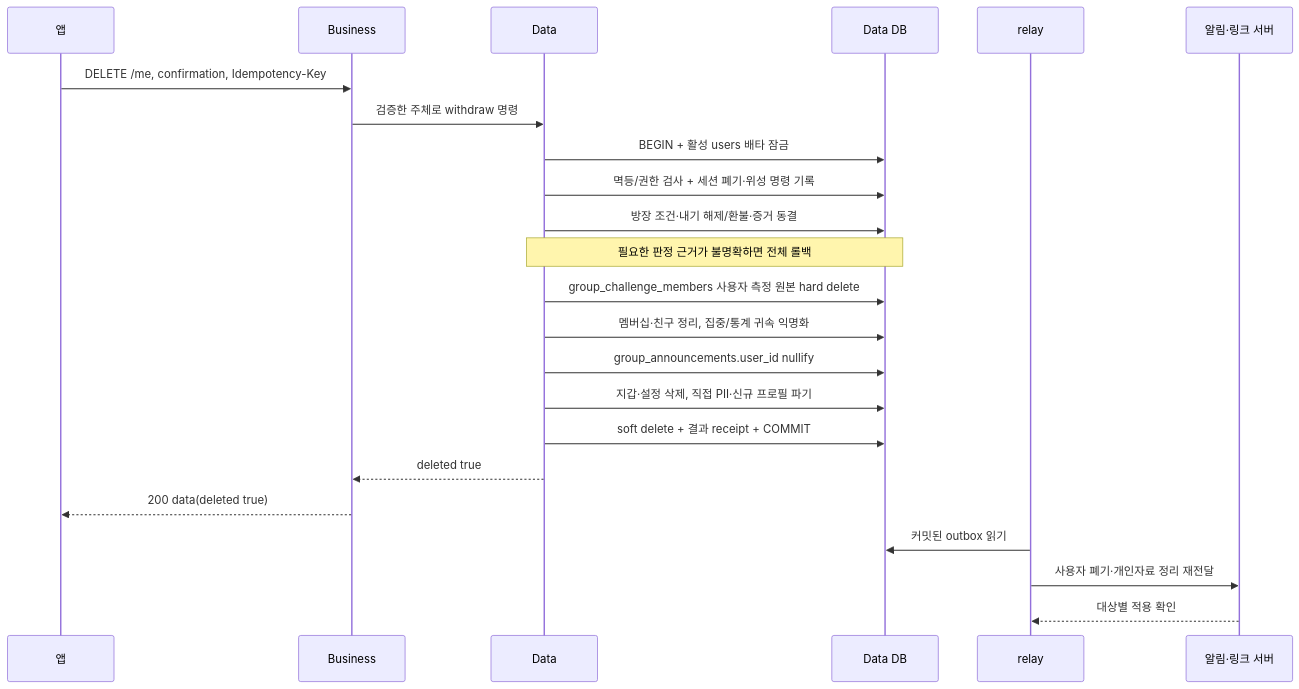
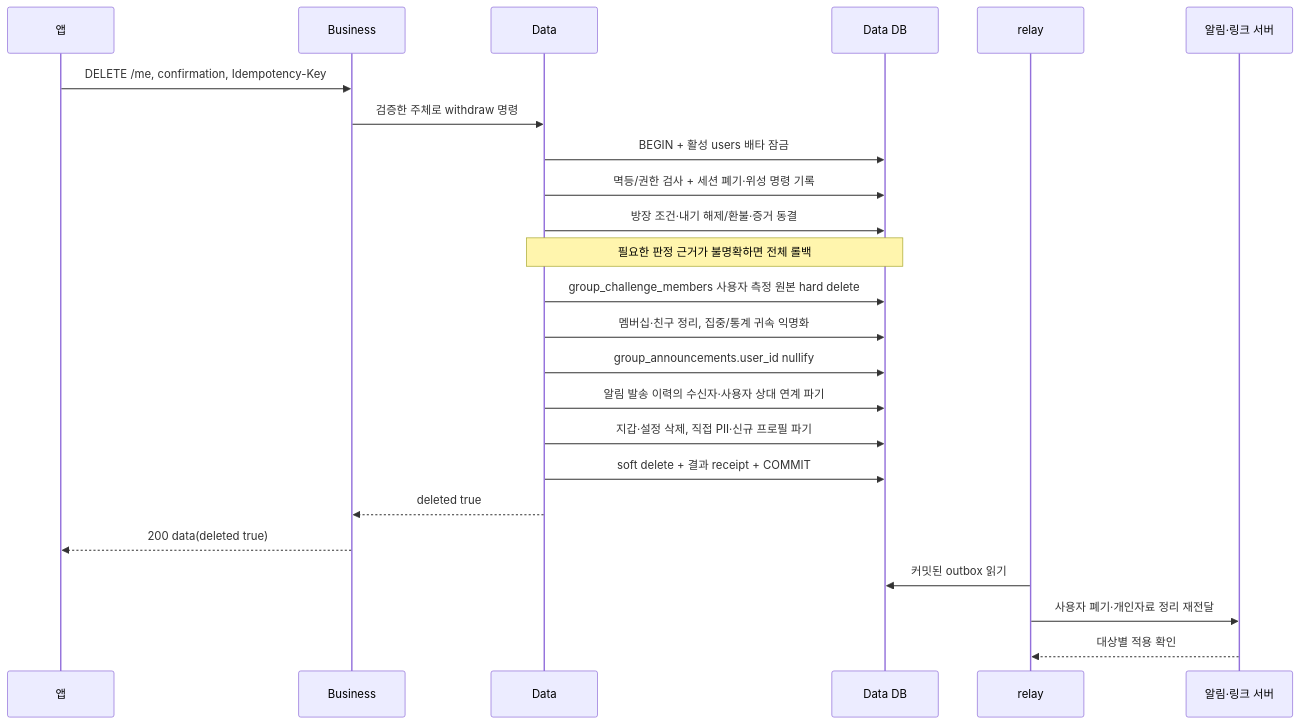
One commit to OneOrThree/phone changed the fourth of 5 diagrams in docs/prd/account/high-level-design.md. Above: the diagram before and after it, drawn with Mermaid. The commit also changed 2 other files, not shown here.

Commit message:
doc: 탈퇴 시 알림 발송 이력 파기와 재생성 차단 명시

````diff
--- a/docs/prd/account/high-level-design.md
+++ b/docs/prd/account/high-level-design.md
@@ -96,25 +96,26 @@
 ```mermaid
 sequenceDiagram
     participant A as 앱
     participant B as Business
     participant D as Data
     participant DB as Data DB
     participant R as relay
     participant S as 알림·링크 서버
     A->>B: DELETE /me, confirmation, Idempotency-Key
     B->>D: 검증한 주체로 withdraw 명령
     D->>DB: BEGIN + 활성 users 배타 잠금
     D->>DB: 멱등/권한 검사 + 세션 폐기·위성 명령 기록
     D->>DB: 방장 조건·내기 해제/환불·증거 동결
     Note over D,DB: 필요한 판정 근거가 불명확하면 전체 롤백
     D->>DB: group_challenge_members 사용자 측정 원본 hard delete
     D->>DB: 멤버십·친구 정리, 집중/통계 귀속 익명화
     D->>DB: group_announcements.user_id nullify
+    D->>DB: 알림 발송 이력의 수신자·사용자 상대 연계 파기
     D->>DB: 지갑·설정 삭제, 직접 PII·신규 프로필 파기
     D->>DB: soft delete + 결과 receipt + COMMIT
     D-->>B: deleted true
     B-->>A: 200 data(deleted true)
     R->>DB: 커밋된 outbox 읽기
     R->>S: 사용자 폐기·개인자료 정리 재전달
     S-->>R: 대상별 적용 확인
 ```
````
